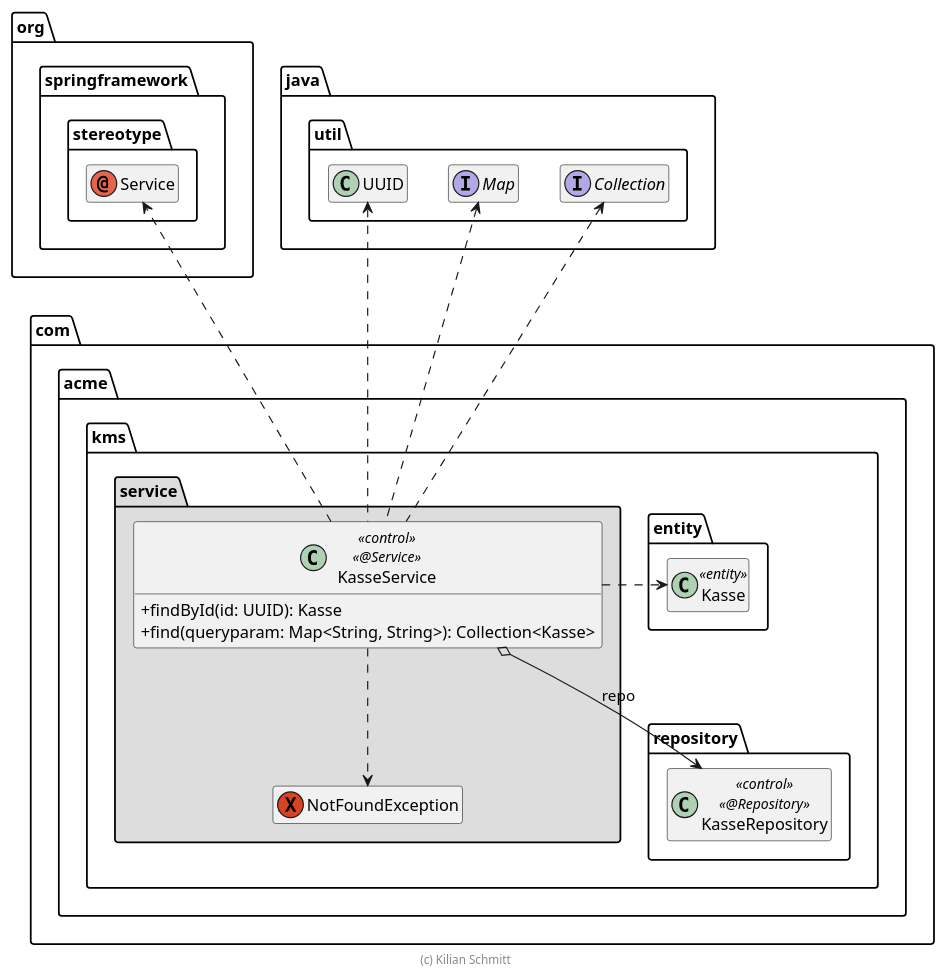
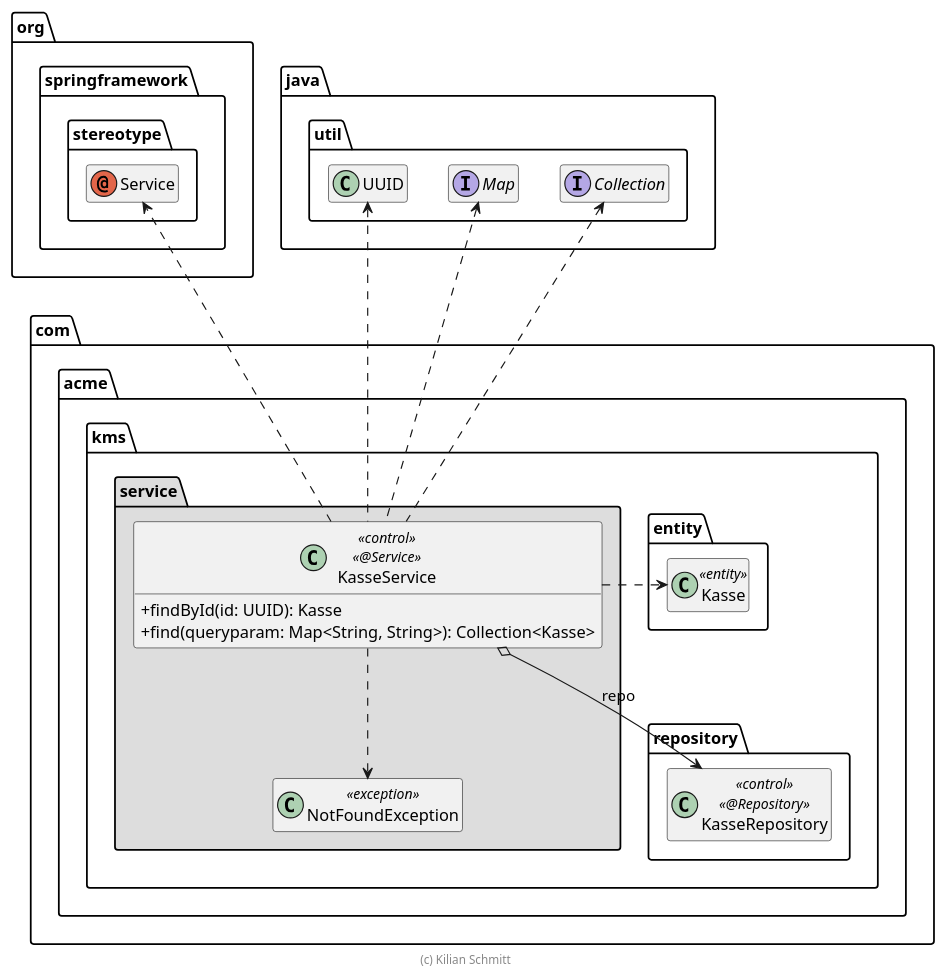
Before and after one commit to KilianSchmitt/kassen-managment-system: the diagram in extras/doc/KasseService.plantuml, drawn with PlantUML. The commit also changed 16 other files, not shown here.

Commit message:
A1: Javadoc with UML-Diagrams working

```diff
--- a/extras/doc/KasseService.plantuml
+++ b/extras/doc/KasseService.plantuml
@@ -1,47 +1,47 @@
 @startuml KasseService
 skinparam classAttributeIconSize 0
 
 package org.springframework.stereotype {
     annotation Service
 }
 
 package java.util {
     interface Collection
     interface Map
     class UUID
 
     UUID .left[hidden].> Service
 }
 
 package com.acme.kms {
     package entity {
         class Kasse <<entity>>
         Kasse .up[hidden].> Collection
     }
 
     package repository {
         class KasseRepository <<control>> <<@Repository>>
     }
 
     package service #DDDDDD {
-        exception NotFoundException
+        class NotFoundException <<exception>>
 
         class KasseService <<control>> <<@Service>> {
             + findById(id: UUID): Kasse
             + find(queryparam: Map<String, String>): Collection<Kasse>
         }
 
         KasseService o--> KasseRepository : repo
         KasseService .right.> Kasse
         KasseService ..> Service
         KasseService .up.> UUID
         KasseService .up.> Collection
         KasseService .up.> Map
         KasseService ..> NotFoundException
     }
 }
 
 hide empty members
 
 footer (c) Kilian Schmitt
 @enduml
```
